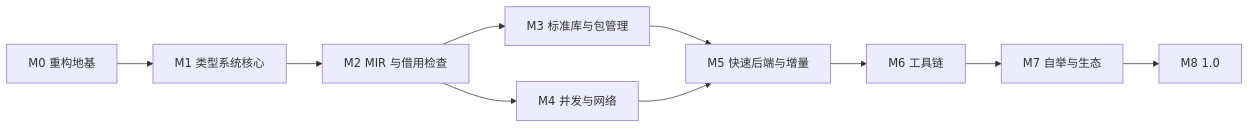
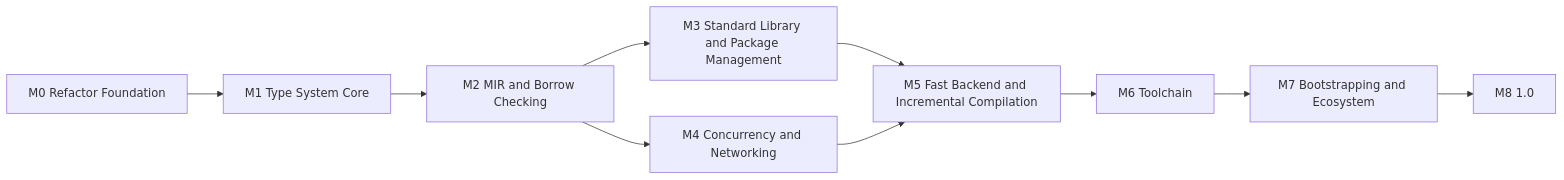
One commit to bdprk/Ae changed the second of 2 diagrams in docs/plan.md. Above: the diagram before and after it, drawn with Mermaid. The commit also changed other lines of this file and 121 other files, not shown here.

````diff
--- a/docs/plan.md
+++ b/docs/plan.md
@@ -275,11 +275,11 @@
 ```mermaid
 flowchart LR
-    M0["M0 重构地基"] --> M1["M1 类型系统核心"] --> M2["M2 MIR 与借用检查"]
-    M2 --> M3["M3 标准库与包管理"]
-    M2 --> M4["M4 并发与网络"]
-    M3 --> M5["M5 快速后端与增量"]
+    M0["M0 Refactor Foundation"] --> M1["M1 Type System Core"] --> M2["M2 MIR and Borrow Checking"]
+    M2 --> M3["M3 Standard Library and Package Management"]
+    M2 --> M4["M4 Concurrency and Networking"]
+    M3 --> M5["M5 Fast Backend and Incremental Compilation"]
     M4 --> M5
-    M5 --> M6["M6 工具链"]
-    M6 --> M7["M7 自举与生态"]
+    M5 --> M6["M6 Toolchain"]
+    M6 --> M7["M7 Bootstrapping and Ecosystem"]
     M7 --> M8["M8 1.0"]
 ```
````
